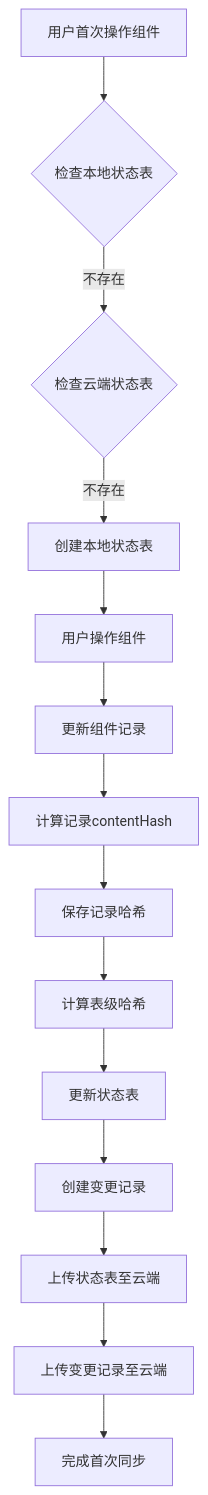
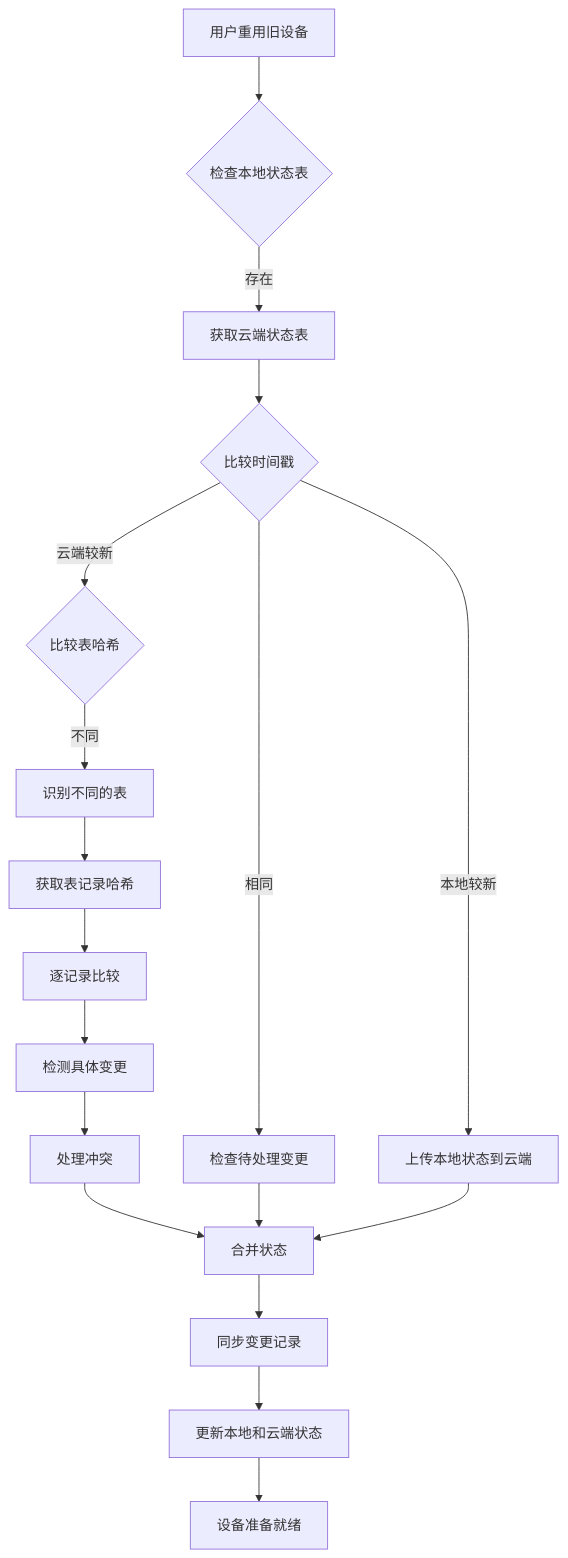
Before and after one commit to yingjianzh/iodraw-files: the diagram in all/未命名-42.md, drawn with Mermaid.

Commit message:
2025-04-24 15:47:04 update

````diff
--- a/all/未命名-42.md
+++ b/all/未命名-42.md
@@ -1,21 +1,25 @@
 ```mermaid
 flowchart TD
-    Start[用户首次操作组件] --> CheckLocalState{检查本地状态表}
-    CheckLocalState -- 不存在 --> CheckCloudState{检查云端状态表}
+    Start[用户重用旧设备] --> CheckLocalState{检查本地状态表}
+    CheckLocalState -- 存在 --> FetchCloudState[获取云端状态表]
     
-    CheckCloudState -- 不存在 --> CreateLocalState[创建本地状态表]
-    CreateLocalState --> FirstOperation[用户操作组件]
+    FetchCloudState --> CompareTimestamps{比较时间戳}
+    CompareTimestamps -- 云端较新 --> CompareTableHashes{比较表哈希}
+    CompareTimestamps -- 本地较新 --> UploadState[上传本地状态到云端]
+    CompareTimestamps -- 相同 --> CheckPendingChanges[检查待处理变更]
     
-    FirstOperation --> UpdateRecord[更新组件记录]
-    UpdateRecord --> CalculateHash[计算记录contentHash]
-    CalculateHash --> SaveRecordHash[保存记录哈希]
+    CompareTableHashes -- 不同 --> IdentifyDifferentTables[识别不同的表]
+    IdentifyDifferentTables --> FetchTableRecords[获取表记录哈希]
+    FetchTableRecords --> CompareRecordWise[逐记录比较]
     
-    SaveRecordHash --> CalculateTableHash[计算表级哈希]
-    CalculateTableHash --> UpdateStateTable[更新状态表]
+    CompareRecordWise --> DetectChanges[检测具体变更]
+    DetectChanges --> HandleConflicts[处理冲突]
     
-    UpdateStateTable --> CreateChange[创建变更记录]
-    CreateChange --> UploadState[上传状态表至云端]
-    UploadState --> UploadChanges[上传变更记录至云端]
+    HandleConflicts --> MergeStates[合并状态]
+    CheckPendingChanges --> MergeStates
+    UploadState --> MergeStates
     
-    UploadChanges --> CompleteFirstSync[完成首次同步]
+    MergeStates --> SyncRecords[同步变更记录]
+    SyncRecords --> UpdateBothStates[更新本地和云端状态]
+    UpdateBothStates --> ReadyToUse[设备准备就绪]
 ```
````
